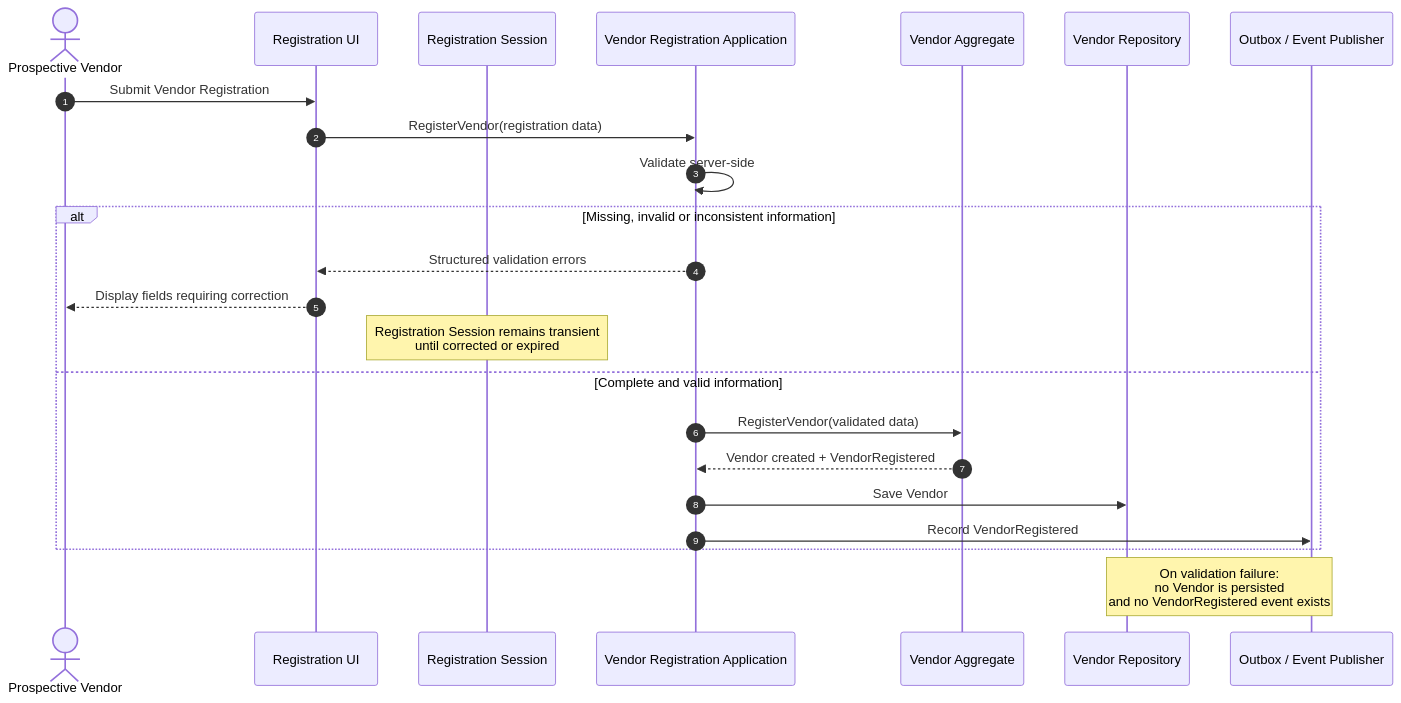
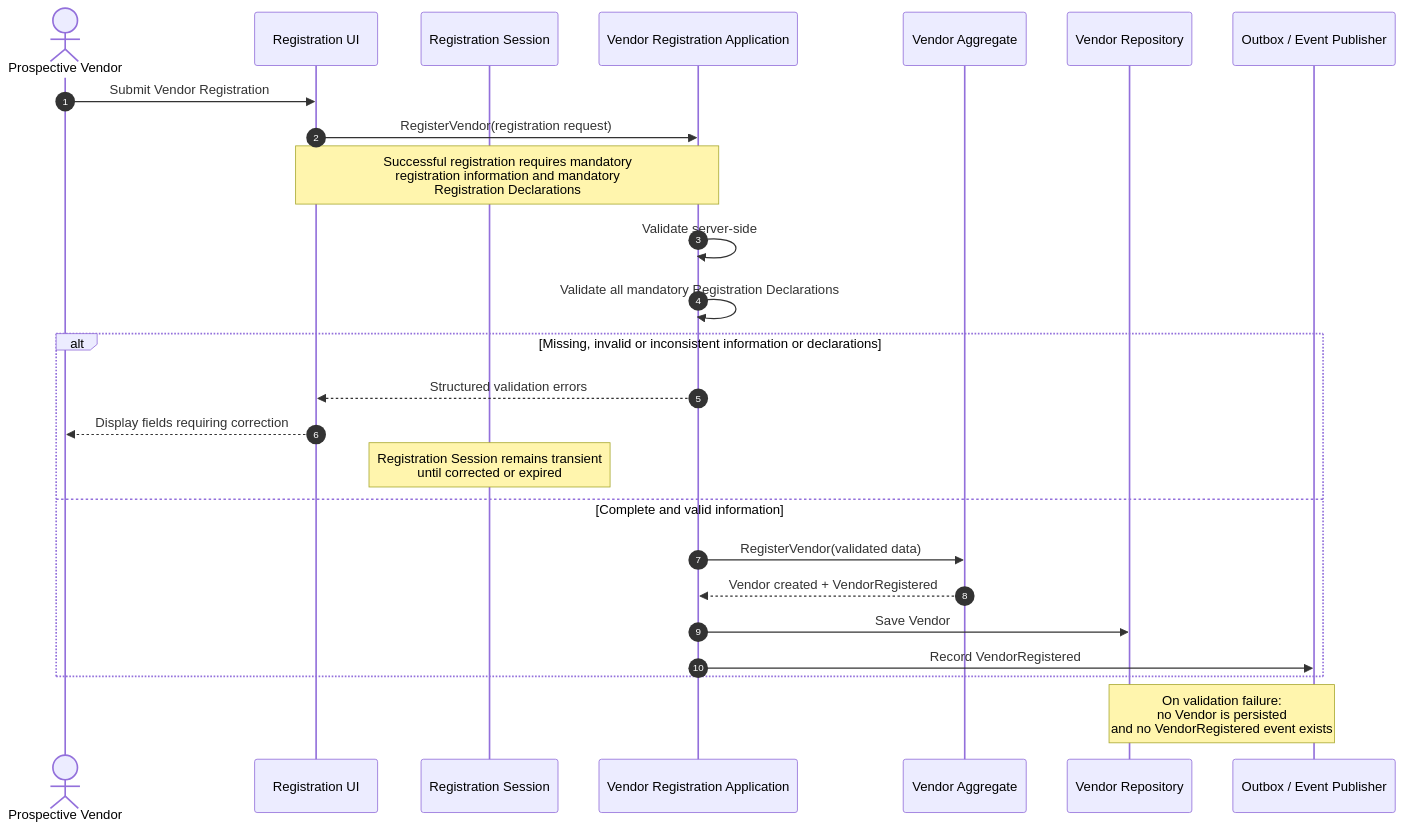
Before and after one commit to Joasties/HotJoes: the second of 5 diagrams in docs/architecture/HJ-105 - Vendor Registration Sequence Diagram.md, drawn with Mermaid. The commit also changed other lines of this file and 9 other files, not shown here.

````diff
--- a/docs/architecture/HJ-105 - Vendor Registration Sequence Diagram.md
+++ b/docs/architecture/HJ-105 - Vendor Registration Sequence Diagram.md
@@ -193,29 +198,31 @@
 ```mermaid
 sequenceDiagram
     autonumber
 
     actor Applicant as Prospective Vendor
     participant UI as Registration UI
     participant Session as Registration Session
     participant Application as Vendor Registration Application
     participant Vendor as Vendor Aggregate
     participant Repository as Vendor Repository
     participant Outbox as Outbox / Event Publisher
 
     Applicant->>UI: Submit Vendor Registration
-    UI->>Application: RegisterVendor(registration data)
+    UI->>Application: RegisterVendor(registration request)
+    Note over UI,Application: Successful registration requires mandatory<br/>registration information and mandatory<br/>Registration Declarations
     Application->>Application: Validate server-side
+    Application->>Application: Validate all mandatory Registration Declarations
 
-    alt Missing, invalid or inconsistent information
+    alt Missing, invalid or inconsistent information or declarations
         Application-->>UI: Structured validation errors
         UI-->>Applicant: Display fields requiring correction
         Note over Session: Registration Session remains transient<br/>until corrected or expired
     else Complete and valid information
         Application->>Vendor: RegisterVendor(validated data)
         Vendor-->>Application: Vendor created + VendorRegistered
         Application->>Repository: Save Vendor
         Application->>Outbox: Record VendorRegistered
     end
 
     Note over Repository,Outbox: On validation failure:<br/>no Vendor is persisted<br/>and no VendorRegistered event exists
 ```
````
